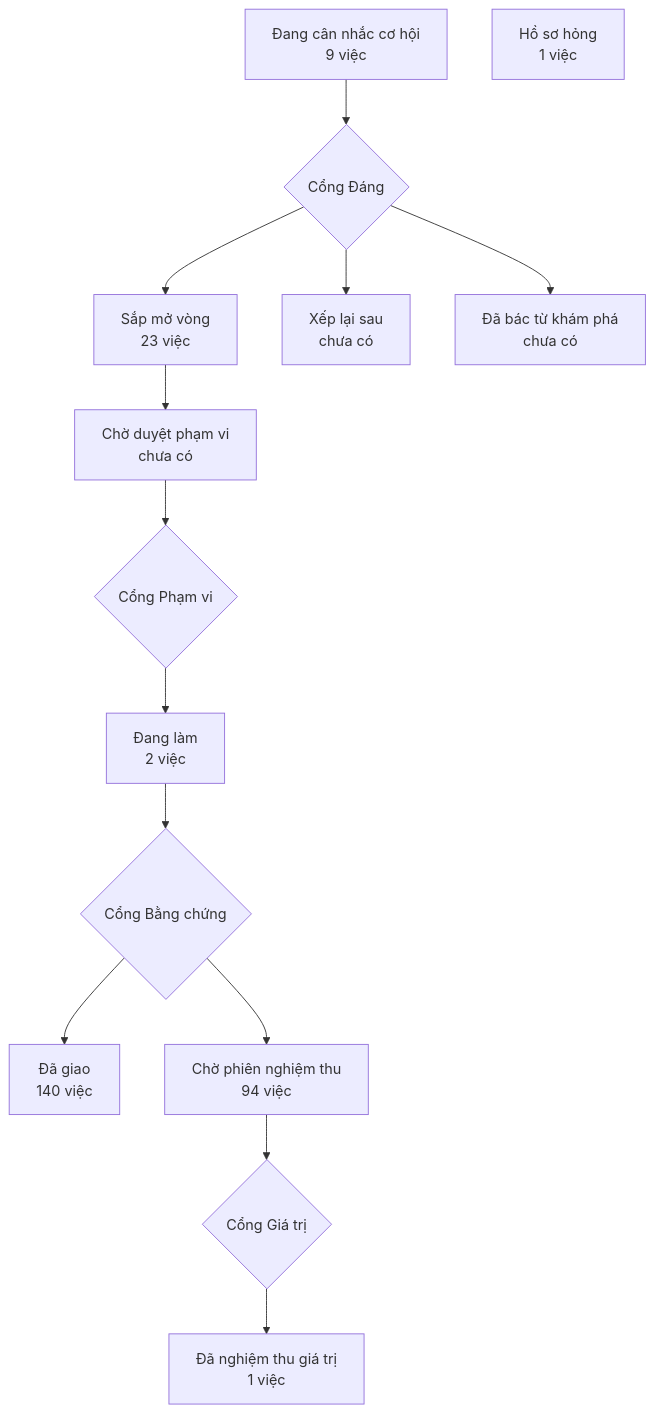
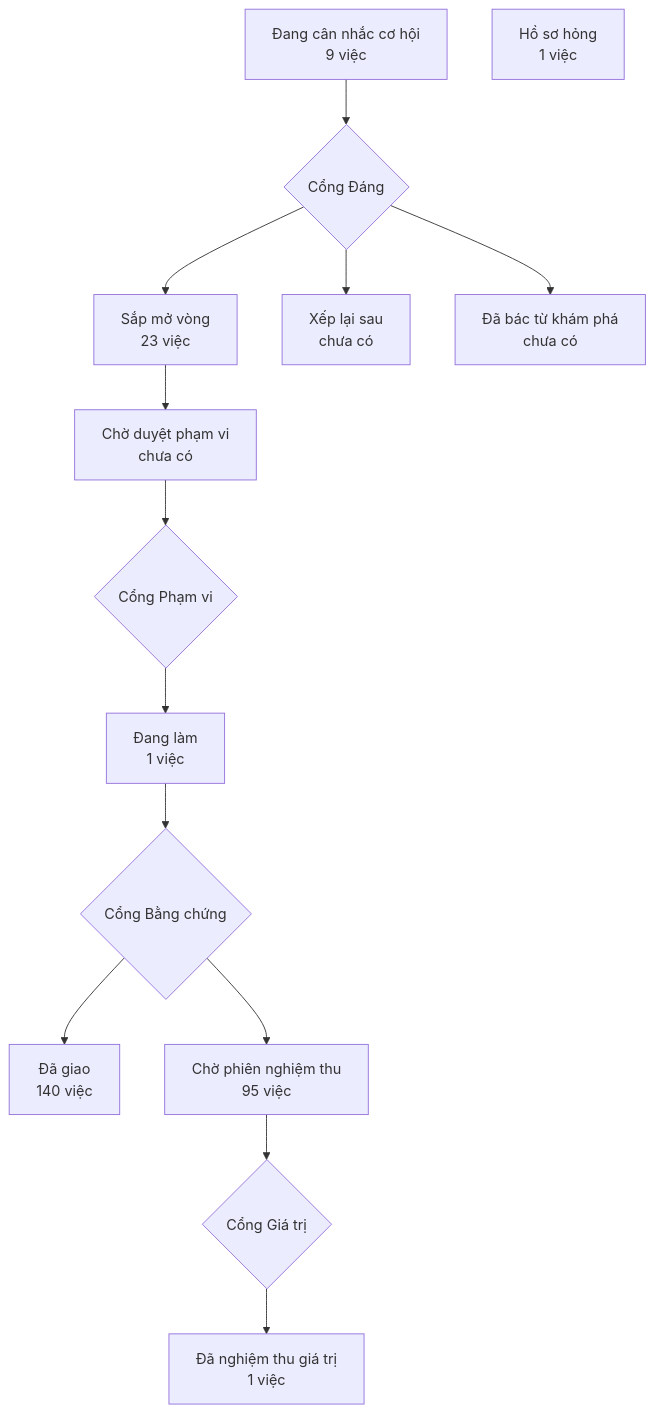
One commit to phanlemanh/crm-onehub changed the diagram in PRODUCT-MAP.md. Above: the diagram before and after it, drawn with Mermaid. The commit also changed 4 other files, not shown here.

````diff
--- a/PRODUCT-MAP.md
+++ b/PRODUCT-MAP.md
@@ -7,13 +7,13 @@
 ```mermaid
 flowchart TD
   A["Đang cân nhắc cơ hội<br/>9 việc"] --> GD{"Cổng Đáng"}
   GD --> B["Sắp mở vòng<br/>23 việc"]
   GD --> XL["Xếp lại sau<br/>chưa có"]
   GD --> DB["Đã bác từ khám phá<br/>chưa có"]
   B --> CD["Chờ duyệt phạm vi<br/>chưa có"] --> GP{"Cổng Phạm vi"}
-  GP --> DL["Đang làm<br/>2 việc"] --> GB{"Cổng Bằng chứng"}
+  GP --> DL["Đang làm<br/>1 việc"] --> GB{"Cổng Bằng chứng"}
   GB --> DG["Đã giao<br/>140 việc"]
-  GB --> CN["Chờ phiên nghiệm thu<br/>94 việc"] --> GG{"Cổng Giá trị"}
+  GB --> CN["Chờ phiên nghiệm thu<br/>95 việc"] --> GG{"Cổng Giá trị"}
   GG --> NT["Đã nghiệm thu giá trị<br/>1 việc"]
   HS["Hồ sơ hỏng<br/>1 việc"]
 ```
````
